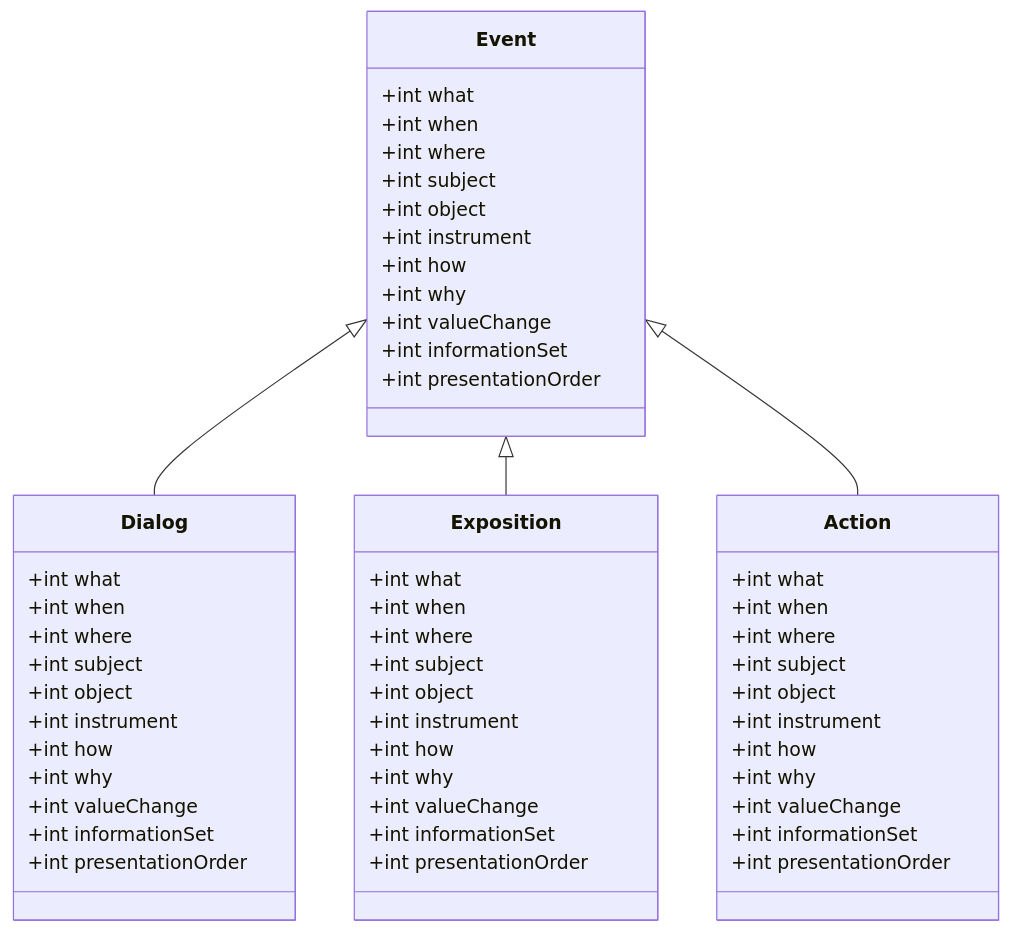
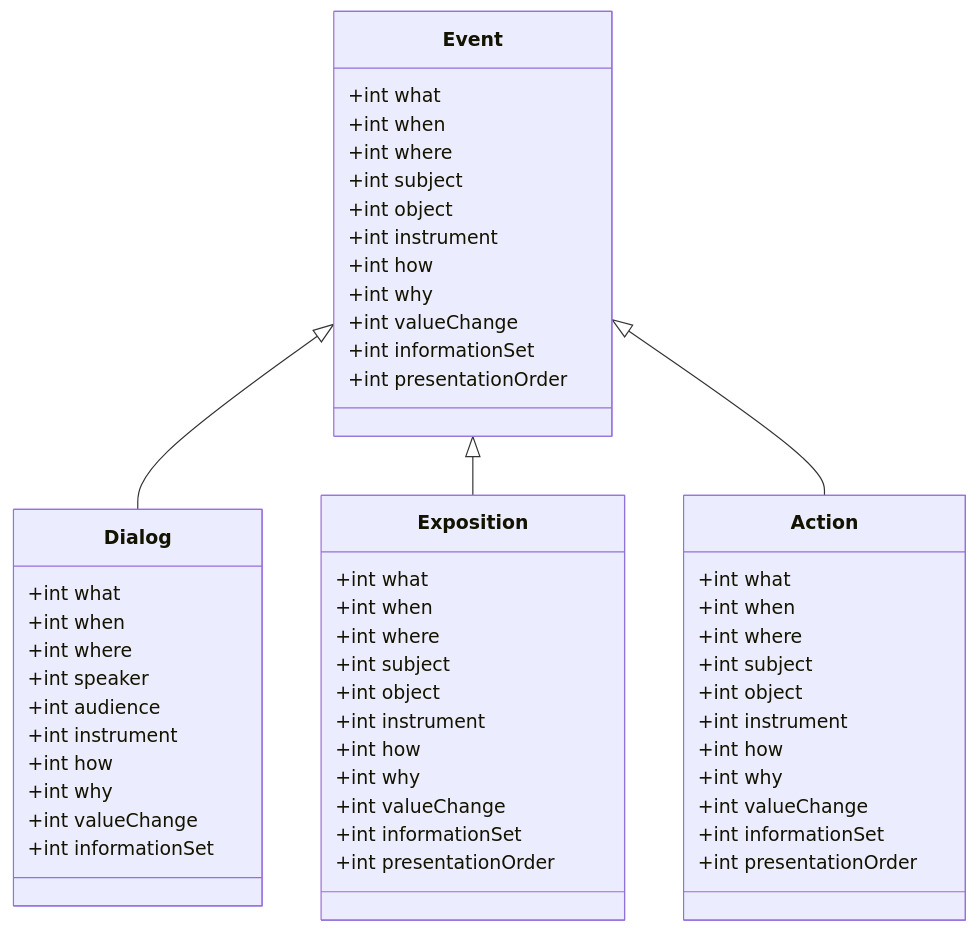
Before and after one commit to OrenBochman/orenbochman.github.io: the second of 2 diagrams in _posts/2021-04-10-modeling-events.md, drawn with Mermaid. The commit also changed other lines of this file and 13 other files, not shown here.

```diff
--- a/_posts/2021-04-10-modeling-events.md
+++ b/_posts/2021-04-10-modeling-events.md
@@ -69,53 +69,54 @@
 <div class="mermaid">
 
 classDiagram
     class Event
     Event : +int what
     Event : +int when
     Event : +int where
     Event : +int subject
     Event : +int object
     Event : +int instrument    
     Event : +int how    
     Event : +int why
     Event : +int valueChange
     Event : +int informationSet
     Event : +int presentationOrder
+    
     Event <|-- Dialog
     Dialog : +int what
     Dialog : +int when
     Dialog : +int where
-    Dialog : +int subject
-    Dialog : +int object
-    Dialog : +int instrument    
+    Dialog : +int speaker
+    Dialog : +int audience
+    Dialog : +int instrument
     Dialog : +int how    
     Dialog : +int why
     Dialog : +int valueChange
     Dialog : +int informationSet
-    Dialog : +int presentationOrder
+ 
     Event <|-- Exposition
     Exposition : +int what
     Exposition : +int when
     Exposition : +int where
     Exposition : +int subject
     Exposition : +int object
     Exposition : +int instrument    
     Exposition : +int how    
     Exposition : +int why
     Exposition : +int valueChange
     Exposition : +int informationSet
     Exposition : +int presentationOrder
+
     Event <|-- Action
     Action : +int what
     Action : +int when
     Action : +int where
     Action : +int subject
     Action : +int object
     Action : +int instrument    
     Action : +int how    
     Action : +int why
     Action : +int valueChange
     Action : +int informationSet
     Action : +int presentationOrder
-
 </div>
```
